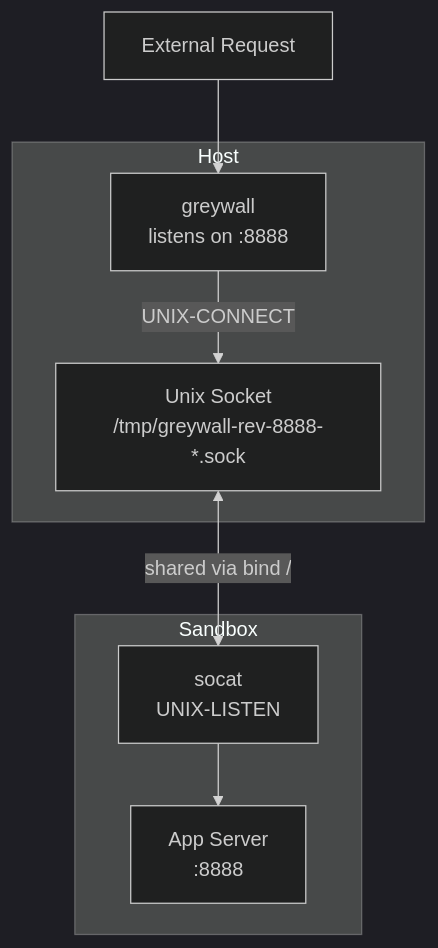
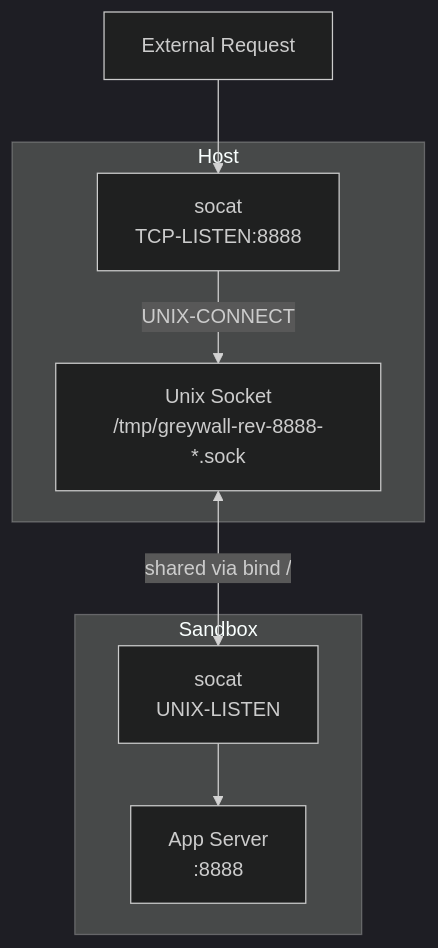
The fourth of 5 diagrams in ARCHITECTURE.md (Androlax2/greywall), drawn with Mermaid (dark theme) before and after one commit. The commit also changed other lines of this file and 4 other files, not shown here.

````diff
--- a/ARCHITECTURE.md
+++ b/ARCHITECTURE.md
@@ -204,19 +204,19 @@
 ```mermaid
 flowchart TB
     EXT["External Request"]
 
     subgraph Host
-        HSOCAT["greywall<br/>listens on :8888"]
+        HSOCAT["socat<br/>TCP-LISTEN:8888"]
         USOCK["Unix Socket<br/>/tmp/greywall-rev-8888-*.sock"]
     end
 
     subgraph Sandbox
         ISOCAT["socat<br/>UNIX-LISTEN"]
         APP["App Server<br/>:8888"]
     end
 
     EXT --> HSOCAT
     HSOCAT -->|UNIX-CONNECT| USOCK
     USOCK <-->|shared via bind /| ISOCAT
     ISOCAT --> APP
 ```
````
